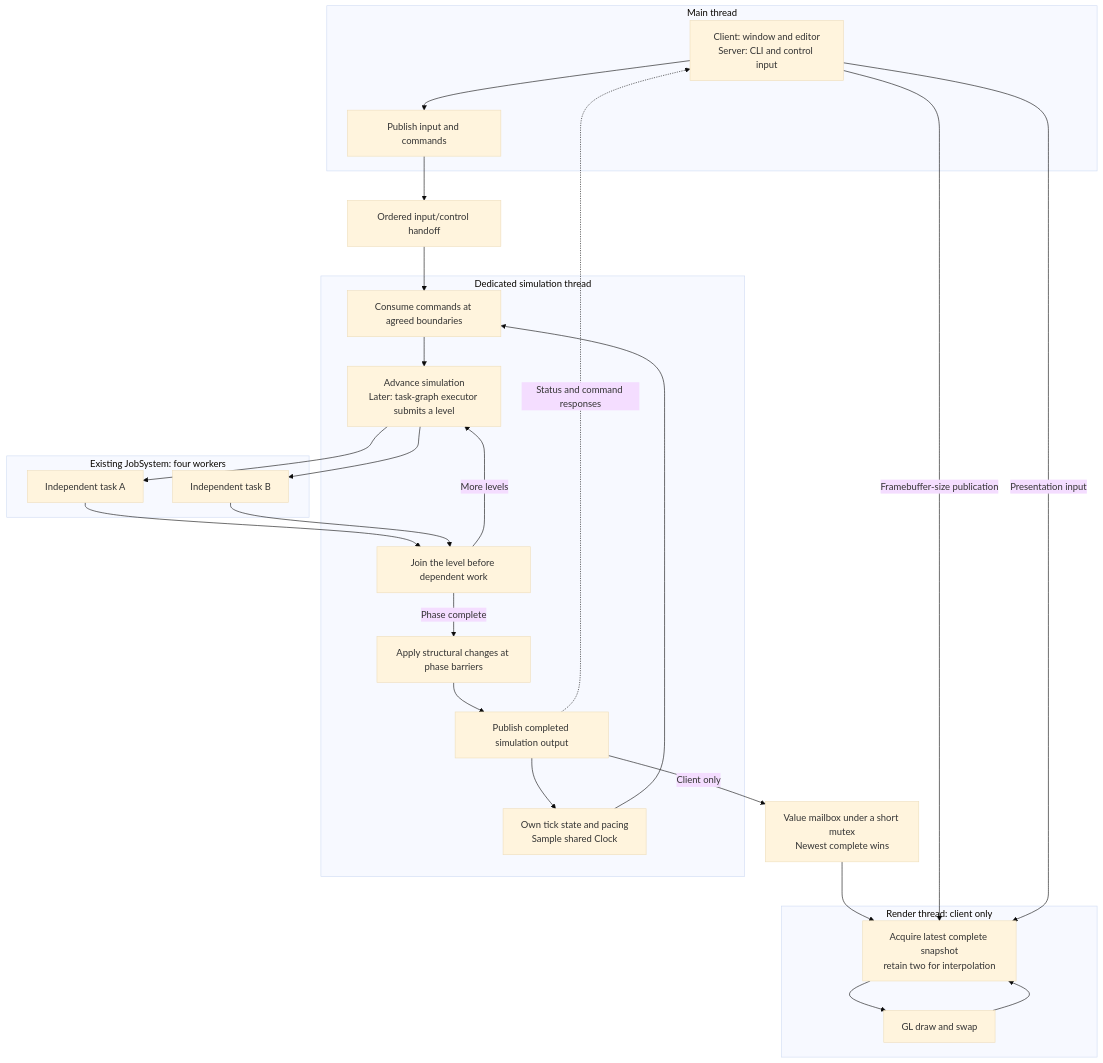
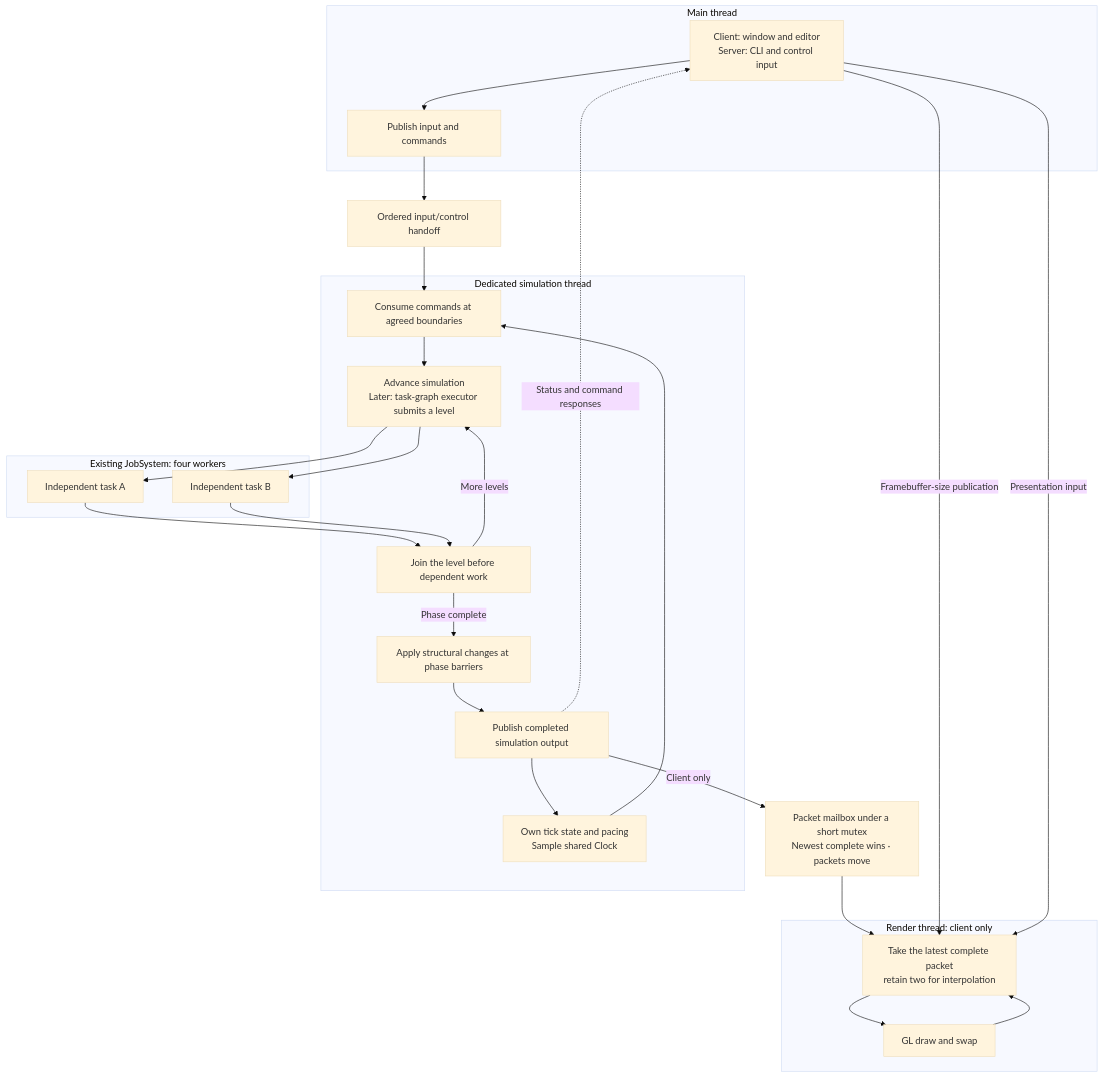
The diagram in 04 Design Docs/Systems/Simulation Thread - Design.md (techattackteam/TechEngine-vault), drawn with Mermaid (base theme) before and after one commit. The commit also changed other lines of this file and 11 other files, not shown here.

````diff
--- a/04 Design Docs/Systems/Simulation Thread - Design.md
+++ b/04 Design Docs/Systems/Simulation Thread - Design.md
@@ -39,40 +39,40 @@
 ```mermaid
 flowchart TB
     subgraph Main["Main thread"]
         H["Client: window and editor<br/>Server: CLI and control input"]
         I["Publish input and commands"]
         H --> I
     end
     Q["Ordered input/control handoff"]
     I --> Q
     subgraph Simulation["Dedicated simulation thread"]
         T["Own tick state and pacing<br/>Sample shared Clock"]
         C["Consume commands at agreed boundaries"]
         E["Advance simulation<br/>Later: task-graph executor submits a level"]
         J["Join the level before dependent work"]
         B["Apply structural changes at phase barriers"]
         F["Publish completed simulation output"]
         T --> C --> E
         J -->|"More levels"| E
         J -->|"Phase complete"| B
         B --> F --> T
     end
     Q --> C
     subgraph Pool["Existing JobSystem: four workers"]
         A["Independent task A"]
         W["Independent task B"]
     end
     E --> A & W
     A & W --> J
-    D["Value mailbox under a short mutex<br/>Newest complete wins"]
+    D["Packet mailbox under a short mutex<br/>Newest complete wins · packets move"]
     F -->|"Client only"| D
     subgraph Render["Render thread: client only"]
-        R["Acquire latest complete snapshot<br/>retain two for interpolation"]
+        R["Take the latest complete packet<br/>retain two for interpolation"]
         G["GL draw and swap"]
         R --> G --> R
     end
     D --> R
     H -->|"Framebuffer-size publication"| R
     H -->|"Presentation input"| R
     F -.->|"Status and command responses"| H
 ```
````
